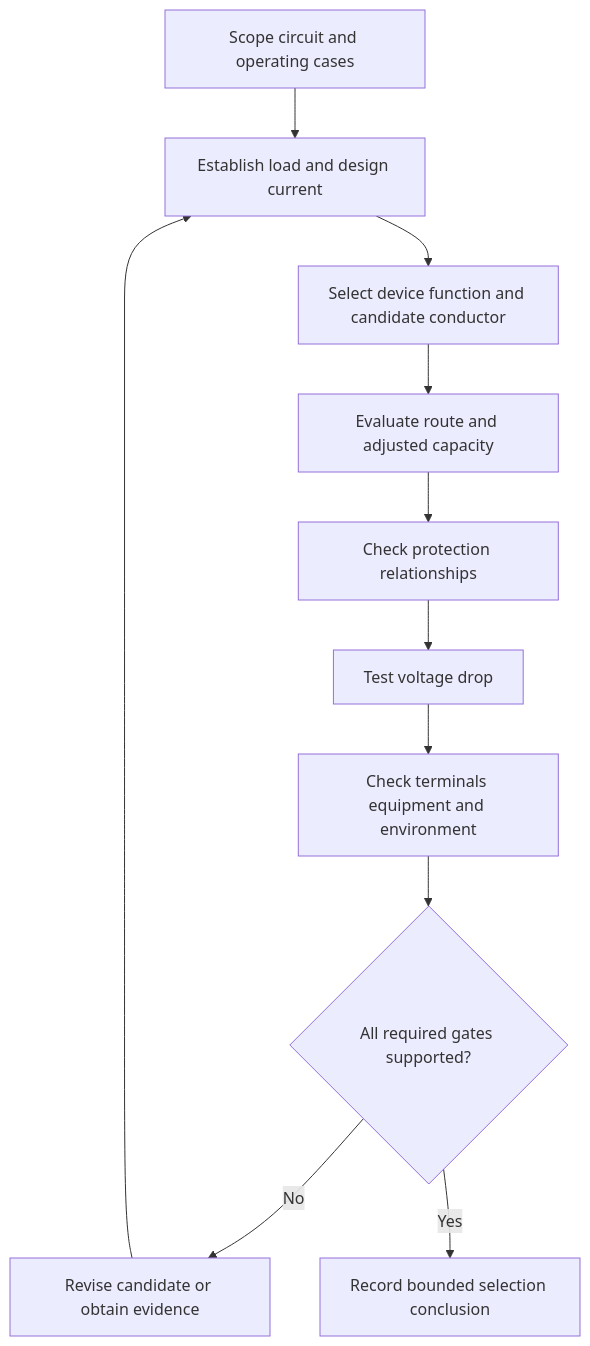
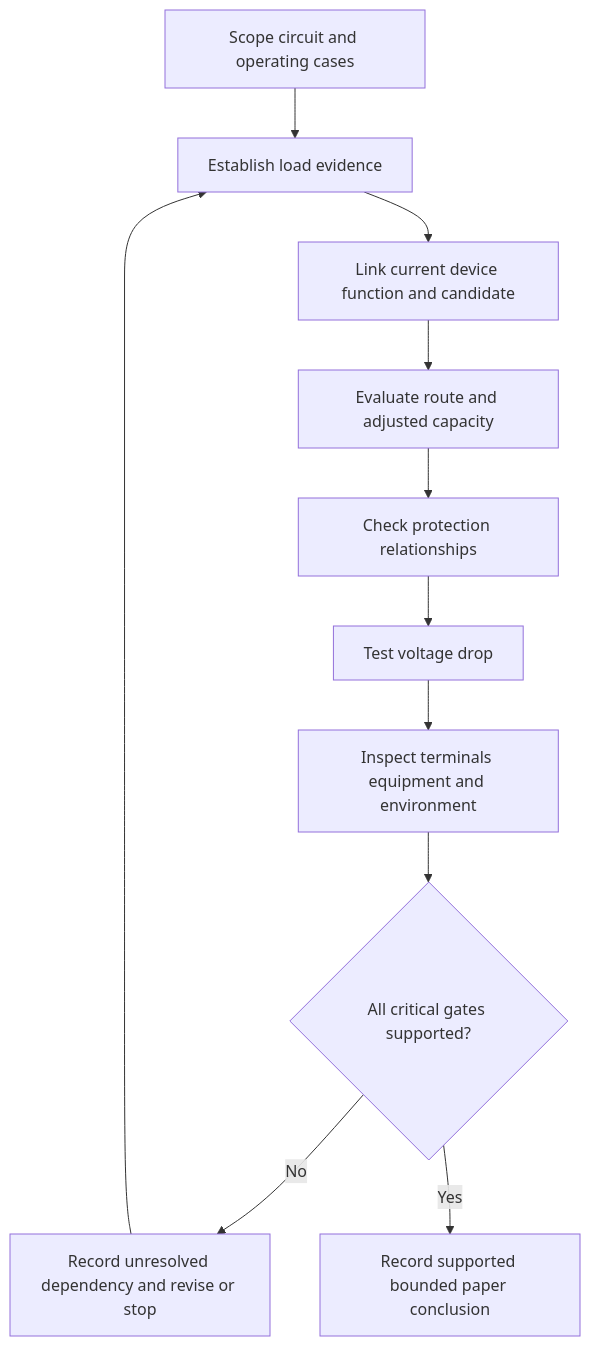
Before and after one commit to andrew3stedall/capstone: the first of 2 diagrams in docs/learning-plans/6-week/modules/day-20-complete-cable-selection-decision-sequence.md, drawn with Mermaid. The commit also changed other lines of this file and 4 other files, not shown here.

Commit message:
Improve Day 20 cable-selection decision sequence

````diff
--- a/docs/learning-plans/6-week/modules/day-20-complete-cable-selection-decision-sequence.md
+++ b/docs/learning-plans/6-week/modules/day-20-complete-cable-selection-decision-sequence.md
@@ -87,13 +110,13 @@
 ```mermaid
 flowchart TD
-    A[Scope circuit and operating cases] --> B[Establish load and design current]
-    B --> C[Select device function and candidate conductor]
-    C --> D[Evaluate route and adjusted capacity]
-    D --> E[Check protection relationships]
-    E --> F[Test voltage drop]
-    F --> G[Check terminals equipment and environment]
-    G --> H{All required gates supported?}
-    H -->|No| I[Revise candidate or obtain evidence]
-    I --> B
-    H -->|Yes| J[Record bounded selection conclusion]
+    S20[Scope circuit and operating cases] --> E20[Establish load evidence]
+    E20 --> L20[Link current device function and candidate]
+    L20 --> R20[Evaluate route and adjusted capacity]
+    R20 --> P20[Check protection relationships]
+    P20 --> V20[Test voltage drop]
+    V20 --> T20[Inspect terminals equipment and environment]
+    T20 --> G20{All critical gates supported?}
+    G20 -->|No| U20[Record unresolved dependency and revise or stop]
+    U20 --> E20
+    G20 -->|Yes| B20[Record supported bounded paper conclusion]
 ```
````
